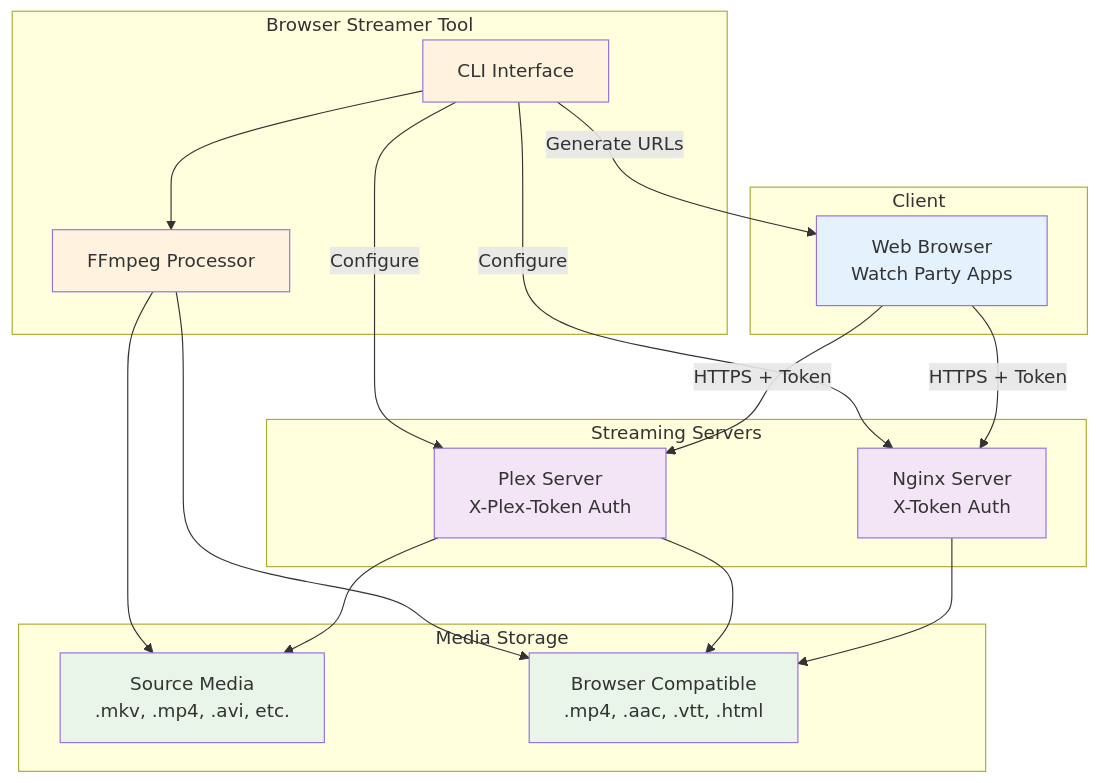
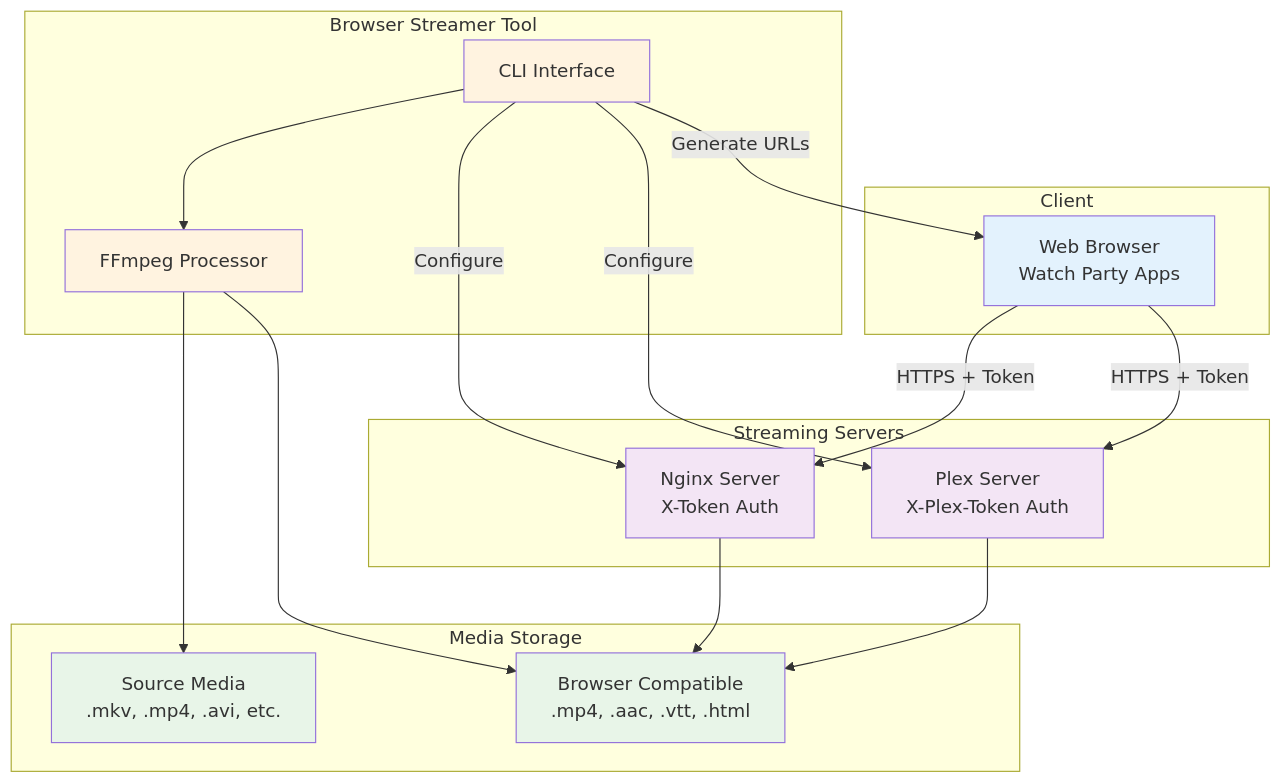
One commit to solesensei/browser_stream changed the diagram in readme.md. Above: the diagram before and after it, drawn with Mermaid.

Commit message:
Remove redundant connection from PlexServer to SourceMedia in streaming architecture diagram

````diff
--- a/readme.md
+++ b/readme.md
@@ -17,48 +17,47 @@
 ```mermaid
 graph TB
     subgraph "Client"
         Browser["Web Browser<br/>Watch Party Apps"]
     end
 
     subgraph "Streaming Servers"
         NginxServer["Nginx Server<br/>X-Token Auth"]
         PlexServer["Plex Server<br/>X-Plex-Token Auth"]
     end
 
     subgraph "Media Storage"
         SourceMedia["Source Media<br/>.mkv, .mp4, .avi, etc."]
         ConvertedMedia["Browser Compatible<br/>.mp4, .aac, .vtt, .html"]
     end
 
     subgraph "Browser Streamer Tool"
         CLI[CLI Interface]
         FFmpeg[FFmpeg Processor]
     end
 
     %% Main Flow
     Browser -->|"HTTPS + Token"| NginxServer
     Browser -->|"HTTPS + Token"| PlexServer
     
     NginxServer --> ConvertedMedia
-    PlexServer --> SourceMedia
     PlexServer --> ConvertedMedia
     
     CLI --> FFmpeg
     FFmpeg --> SourceMedia
     FFmpeg --> ConvertedMedia
     
     CLI -->|Configure| NginxServer
     CLI -->|Configure| PlexServer
     CLI -->|"Generate URLs"| Browser
 
     %% Styling
     classDef client fill:#e3f2fd
     classDef server fill:#f3e5f5
     classDef storage fill:#e8f5e8
     classDef tool fill:#fff3e0
 
     class Browser client
     class NginxServer,PlexServer server
     class SourceMedia,ConvertedMedia storage
     class CLI,FFmpeg tool
 ```
````
